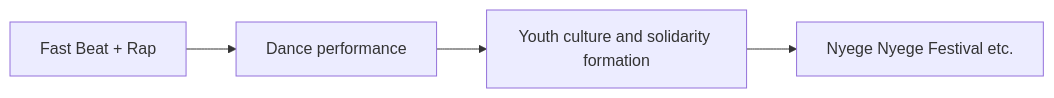
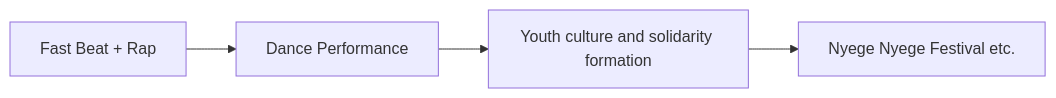
One commit to monumental-movement/monumental-movement.github.io changed the second of 6 diagrams in en/_posts/2025-10-04-Column-Nyege-Nyege.md. Above: the diagram before and after it, drawn with Mermaid. The commit also changed other lines of this file and 471 other files, not shown here.

```diff
--- a/en/_posts/2025-10-04-Column-Nyege-Nyege.md
+++ b/en/_posts/2025-10-04-Column-Nyege-Nyege.md
@@ -137,8 +137,8 @@
 <div class="mermaid">
 
 flowchart LR
-    Music["Fast Beat + Rap"] --> Dance["Dance performance"]
+    Music["Fast Beat + Rap"] --> Dance["Dance Performance"]
     Dance --> Community["Youth culture and solidarity formation"]
     Community --> Festivals["Nyege Nyege Festival etc."]
 
 </div>
```
